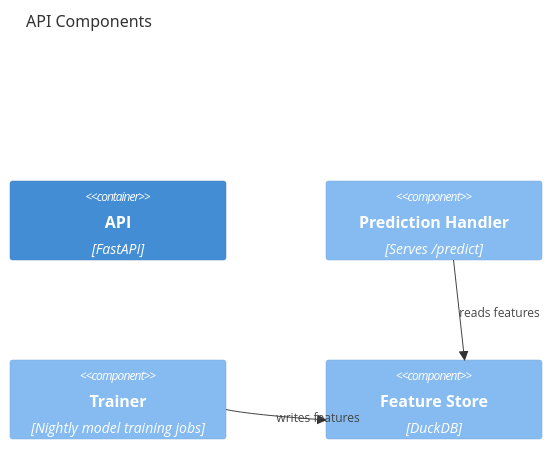
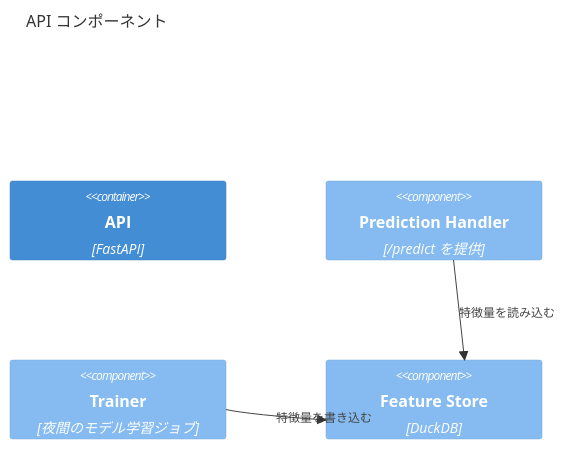
The third of 3 diagrams in docs/ARCHITECTURE.md (mukai-work/keirin-ai), drawn with Mermaid before and after one commit. The commit also changed other lines of this file and 5 other files, not shown here.

````diff
--- a/docs/ARCHITECTURE.md
+++ b/docs/ARCHITECTURE.md
@@ -39,10 +39,10 @@
 ```mermaid
 C4Component
-title API Components
+title API コンポーネント
 Container(api, "API", "FastAPI")
-Component(handler, "Prediction Handler", "Serves /predict")
-Component(trainer, "Trainer", "Nightly model training jobs")
+Component(handler, "Prediction Handler", "/predict を提供")
+Component(trainer, "Trainer", "夜間のモデル学習ジョブ")
 Component(store, "Feature Store", "DuckDB")
-Rel(handler, store, "reads features")
-Rel(trainer, store, "writes features")
+Rel(handler, store, "特徴量を読み込む")
+Rel(trainer, store, "特徴量を書き込む")
 ```
````
